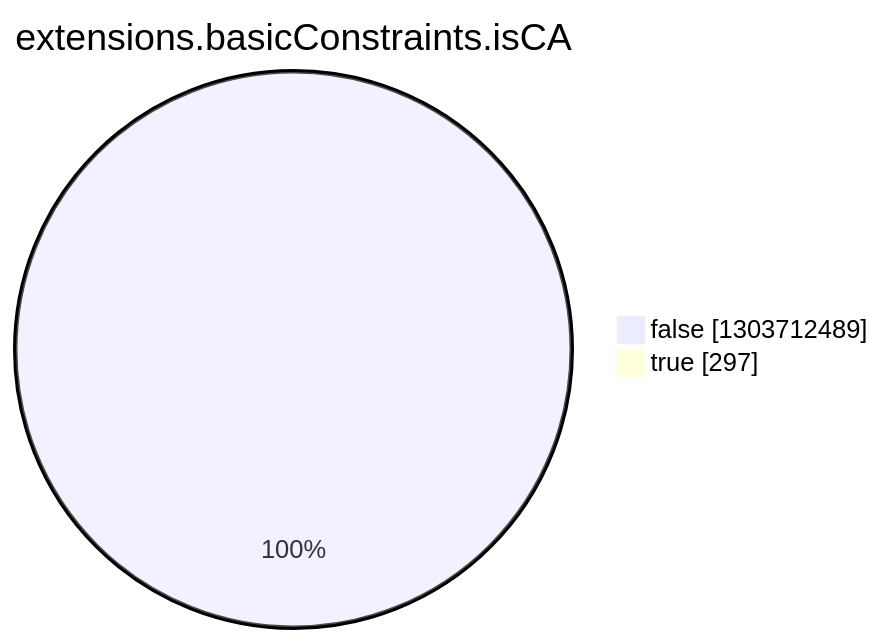
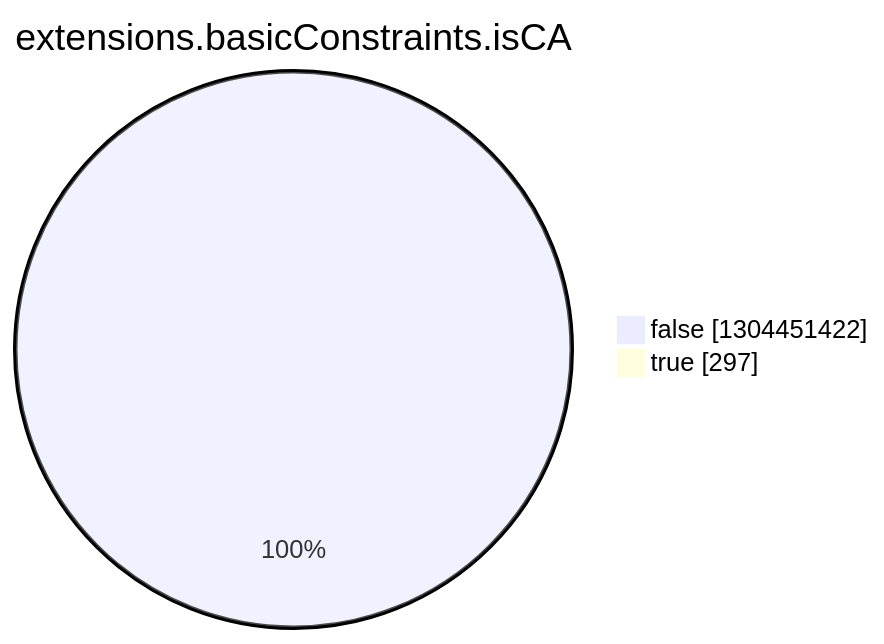
Before and after one commit to christiankrug/ctmonitor_visualization: the eighth of 15 diagrams in argon2022/README.md, drawn with Mermaid. The commit also changed other lines of this file, not shown here.

````diff
--- a/argon2022/README.md
+++ b/argon2022/README.md
@@ -2757,6 +2757,6 @@
 ```mermaid
 pie showData
 title extensions.basicConstraints.isCA
-"false" :1303712489
+"false" :1304451422
 "true" :297
 ```
````
